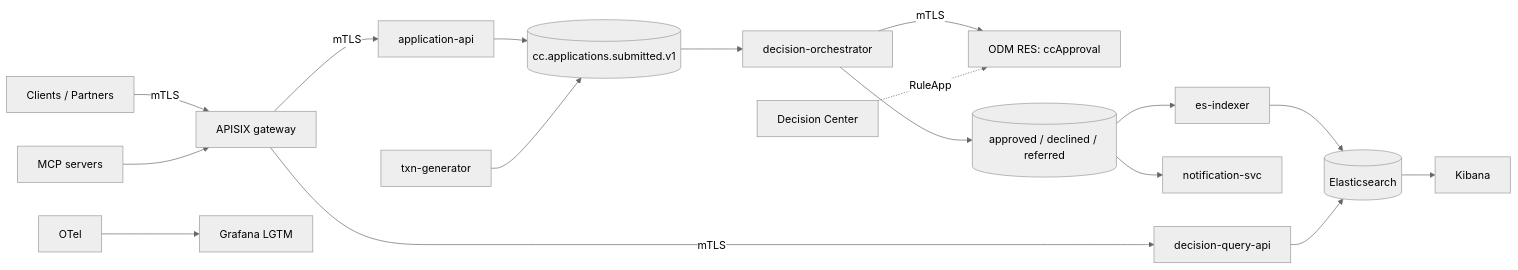
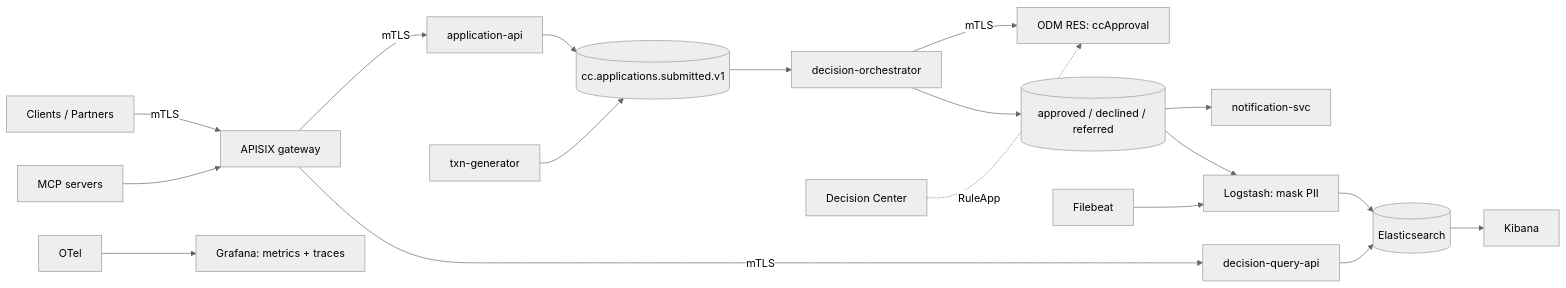
Before and after one commit to JJ1006/cc-decisioning-platform: the diagram in README.md, drawn with Mermaid (neutral theme). The commit also changed other lines of this file and 63 other files, not shown here.

````diff
--- a/README.md
+++ b/README.md
@@ -18,18 +18,19 @@
 ```mermaid
 flowchart LR
   C[Clients / Partners] -- mTLS --> GW[APISIX gateway]
   GW -- mTLS --> AA[application-api]
   GW -- mTLS --> QA[decision-query-api]
   AA --> K1[(cc.applications.submitted.v1)]
   GEN[txn-generator] --> K1
   K1 --> ORCH[decision-orchestrator]
   ORCH -- mTLS --> RES[ODM RES: ccApproval]
   ORCH --> K2[(approved / declined / referred)]
   K2 --> NOT[notification-svc]
-  K2 --> IDX[es-indexer]
-  IDX --> ES[(Elasticsearch)] --> KIB[Kibana]
+  K2 --> LS[Logstash: mask PII]
+  LS --> ES[(Elasticsearch)] --> KIB[Kibana]
+  FB[Filebeat] --> LS
   QA --> ES
   DC[Decision Center] -. RuleApp .-> RES
   MCP[MCP servers] --> GW
-  OTEL[OTel] --> LGTM[Grafana LGTM]
+  OTEL[OTel] --> LGTM[Grafana: metrics + traces]
 ```
````
